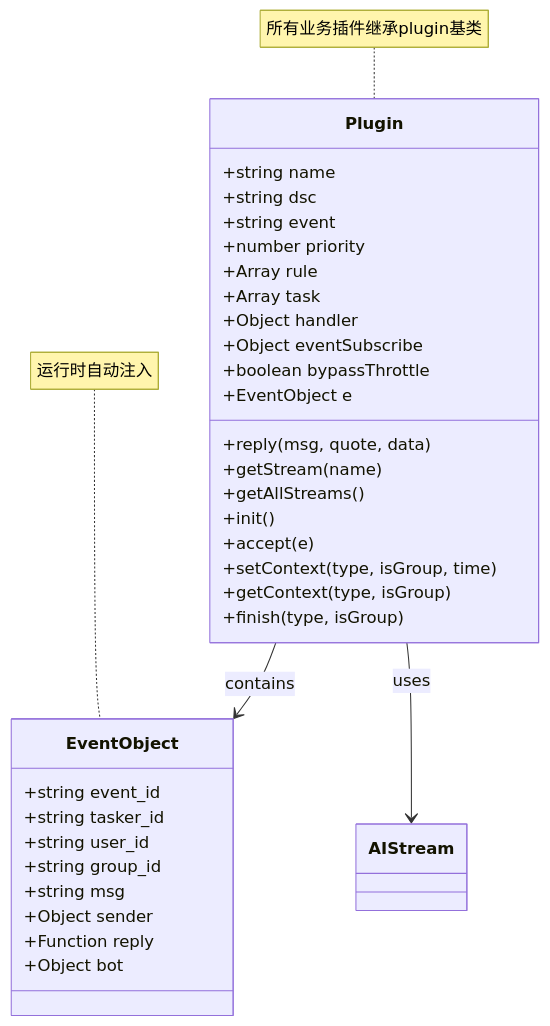
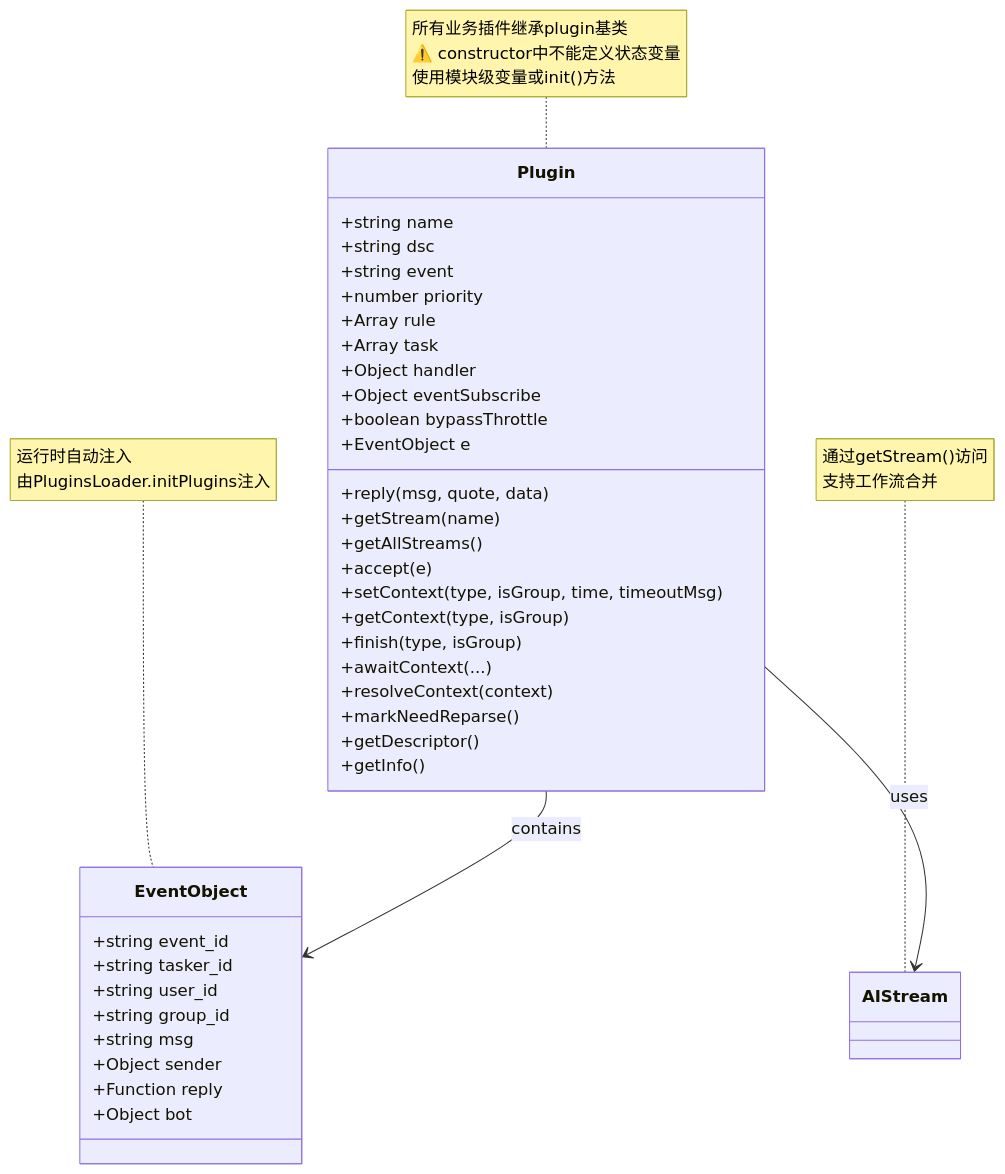
Before and after one commit to sunflowermm/XRK-AGT: the first of 3 diagrams in docs/plugin-base.md, drawn with Mermaid. The commit also changed other lines of this file and 17 other files, not shown here.

````diff
--- a/docs/plugin-base.md
+++ b/docs/plugin-base.md
@@ -23,39 +23,44 @@
 ```mermaid
 classDiagram
     class Plugin {
         +string name
         +string dsc
         +string event
         +number priority
         +Array rule
         +Array task
         +Object handler
         +Object eventSubscribe
         +boolean bypassThrottle
         +EventObject e
         +reply(msg, quote, data)
         +getStream(name)
         +getAllStreams()
-        +init()
         +accept(e)
-        +setContext(type, isGroup, time)
+        +setContext(type, isGroup, time, timeoutMsg)
         +getContext(type, isGroup)
         +finish(type, isGroup)
+        +awaitContext(...)
+        +resolveContext(context)
+        +markNeedReparse()
+        +getDescriptor()
+        +getInfo()
     }
     
     class EventObject {
         +string event_id
         +string tasker_id
         +string user_id
         +string group_id
         +string msg
         +Object sender
         +Function reply
         +Object bot
     }
     
     Plugin --> EventObject : contains
     Plugin --> AIStream : uses
-    note for Plugin "所有业务插件继承plugin基类"
-    note for EventObject "运行时自动注入"
+    note for Plugin "所有业务插件继承plugin基类<br/>⚠️ constructor中不能定义状态变量<br/>使用模块级变量或init()方法"
+    note for EventObject "运行时自动注入<br/>由PluginsLoader.initPlugins注入"
+    note for AIStream "通过getStream()访问<br/>支持工作流合并"
 ```
````
